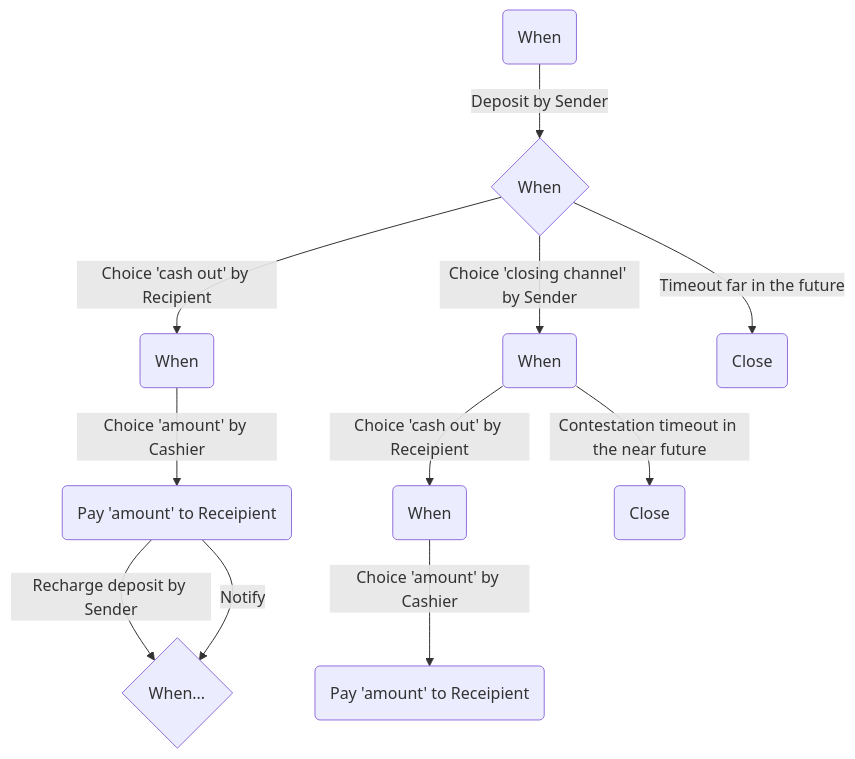
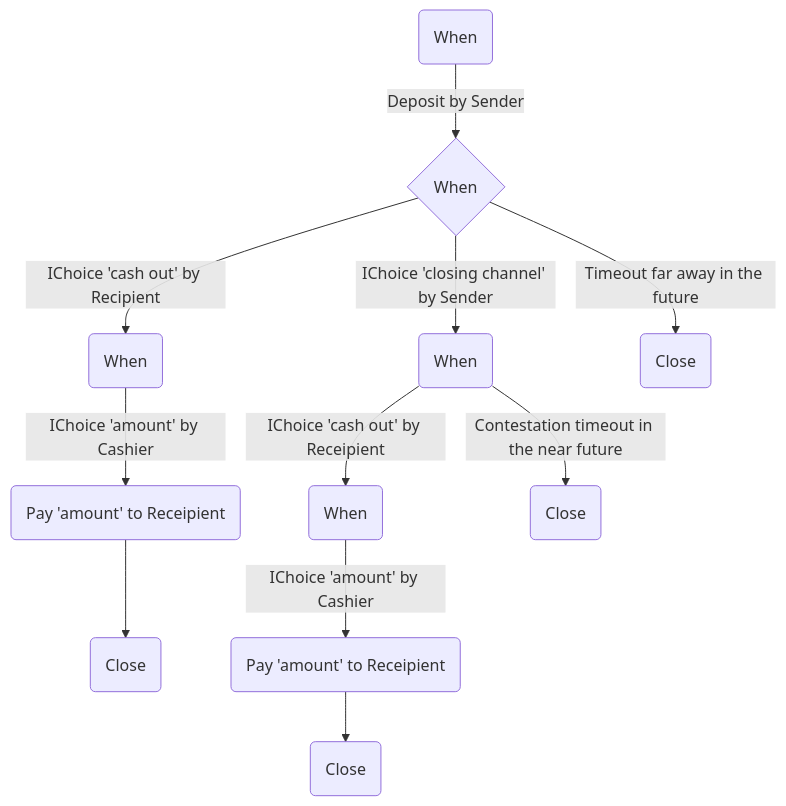
One commit to input-output-hk/MIPs changed the second of 2 diagrams in MIP-???/README.md. Above: the diagram before and after it, drawn with Mermaid. The commit also changed other lines of this file, not shown here.

Commit message:
Add sequence diagram

````diff
--- a/MIP-???/README.md
+++ b/MIP-???/README.md
@@ -28,13 +49,13 @@
 ```mermaid
 flowchart TD
     A(When) -->|Deposit by Sender| B{When}
-    B --> |Choice 'cash out' by Recipient|C(When)
-    B --> |Choice 'closing channel' by Sender| D(When)
-    B --> |Timeout far in the future|G(Close)
-    C --> |Choice 'amount' by Cashier| E(Pay 'amount' to Receipient)
-    D --> |Choice 'cash out' by Receipient|F(When)
+    B --> |IChoice 'cash out' by Recipient|C(When)
+    B --> |IChoice 'closing channel' by Sender| D(When)
+    B --> |Timeout far away in the future|G(Close)
+    C --> |IChoice 'amount' by Cashier| E(Pay 'amount' to Receipient)
+    D --> |IChoice 'cash out' by Receipient|F(When)
     D --> |Contestation timeout in the near future|H(Close)
-    F --> |Choice 'amount' by Cashier| I(Pay 'amount' to Receipient)
-    E --> |Recharge deposit by Sender| J{When...}
-    E --> |Notify|J
+    F --> |IChoice 'amount' by Cashier| I(Pay 'amount' to Receipient)
+    I --> K(Close)
+    E --> J(Close)
 ```
````
